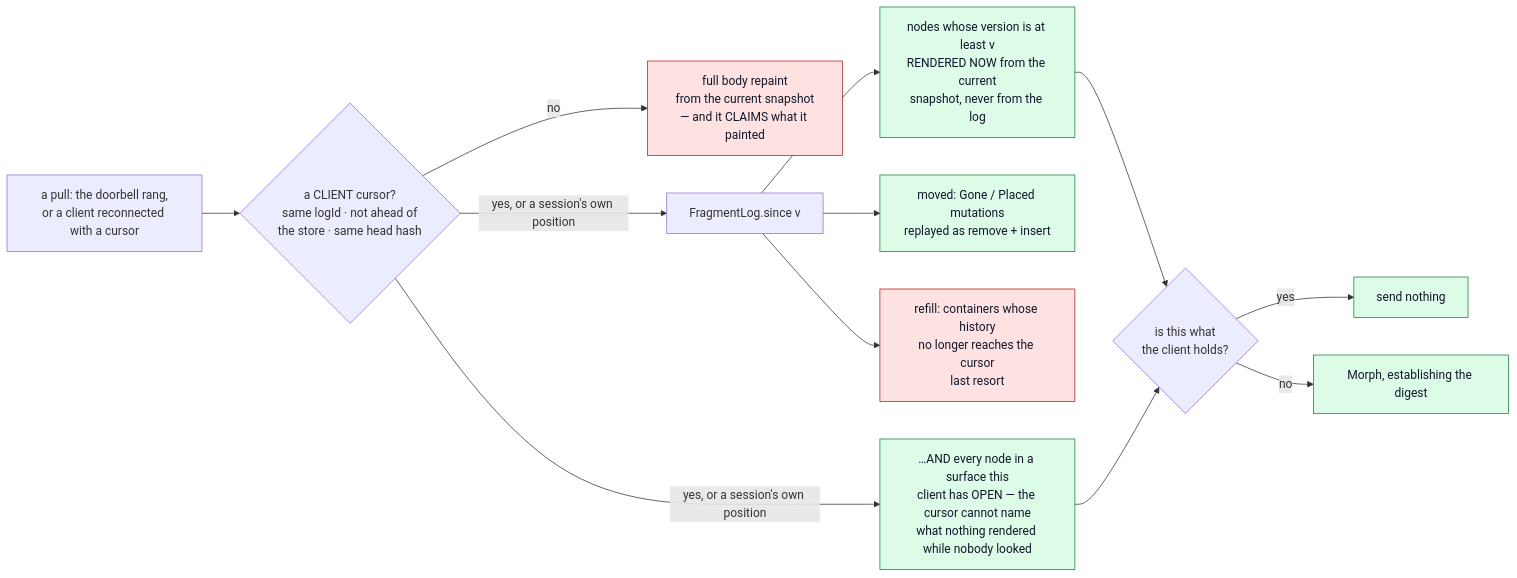
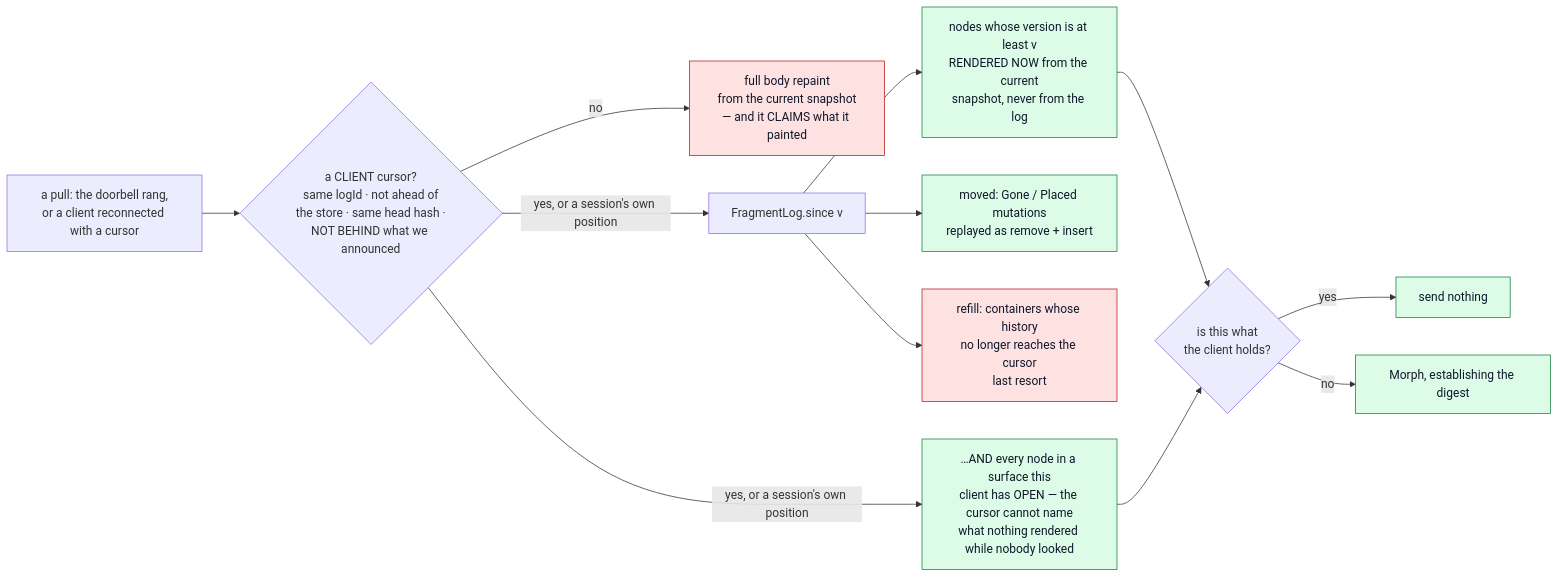
One commit to perok/functional-home-assistant changed the third of 3 diagrams in docs/architecture-rendering-pipeline.md. Above: the diagram before and after it, drawn with Mermaid. The commit also changed other lines of this file and 4 other files, not shown here.

````diff
--- a/docs/architecture-rendering-pipeline.md
+++ b/docs/architecture-rendering-pipeline.md
@@ -453,19 +457,19 @@
 ```mermaid
 flowchart LR
-  RC["a pull: the doorbell rang,<br/>or a client reconnected with a cursor"] --> Q{"a CLIENT cursor?<br/>same logId · not ahead of<br/>the store · same head hash"}
+  RC["a pull: the doorbell rang,<br/>or a client reconnected with a cursor"] --> Q{"a CLIENT cursor?<br/>same logId · not ahead of<br/>the store · same head hash ·<br/>NOT BEHIND what we announced"}
   Q -->|no| REPAINT["full body repaint<br/>from the current snapshot<br/>— and it CLAIMS what it painted"]
   Q -->|yes, or a session's own position| SINCE["FragmentLog.since v"]
   SINCE --> N["nodes whose version is at least v<br/>RENDERED NOW from the current<br/>snapshot, never from the log"]
   SINCE --> M["moved: Gone / Placed mutations<br/>replayed as remove + insert"]
   SINCE --> R["refill: containers whose history<br/>no longer reaches the cursor<br/>last resort"]
   Q -->|yes, or a session's own position| OPENN["…AND every node in a surface this<br/>client has OPEN — the cursor cannot name<br/>what nothing rendered while nobody looked"]
   N --> HOLD{"is this what<br/>the client holds?"}
   OPENN --> HOLD
   HOLD -->|yes| DROP["send nothing"]
   HOLD -->|no| SEND["Morph, establishing the digest"]
 
   classDef ok fill:#dcfce7,stroke:#15803d,color:#0f172a
   classDef bad fill:#fee2e2,stroke:#b91c1c,color:#0f172a
   class N,M,OPENN,SEND,DROP ok
   class REPAINT,R bad
 ```
````
